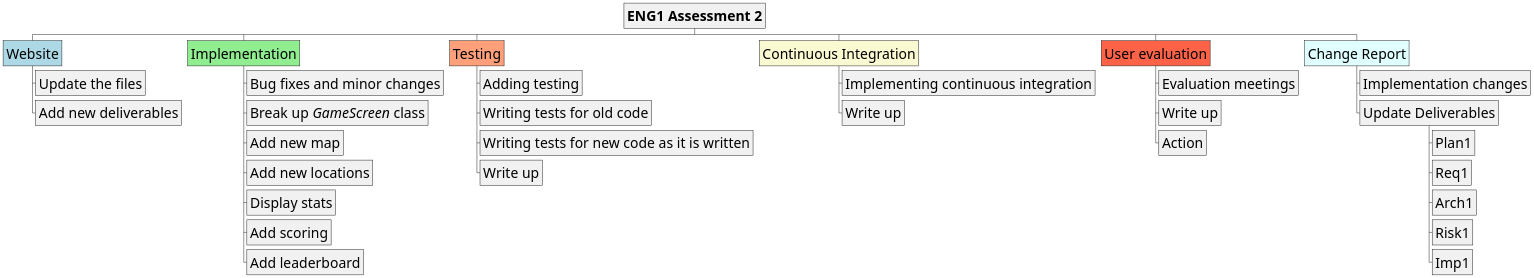
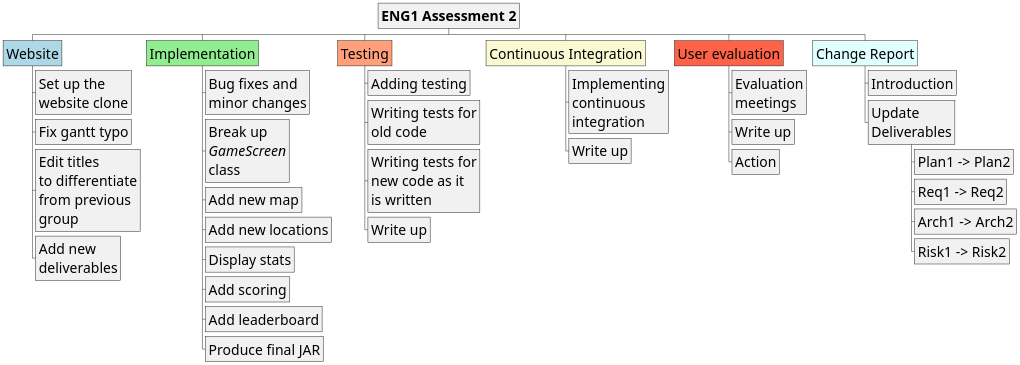
The diagram in diagrams/work.puml (MaxIrv/Group-20-HesHus-Game), drawn with PlantUML before and after one commit.

Commit message:
Updated work breakdown to make it more compact.

```diff
--- a/diagrams/work.puml
+++ b/diagrams/work.puml
@@ -1,42 +1,59 @@
 @startwbs
 'https://plantuml.com/wbs-diagram
 <style>
 wbsDiagram{
 FontSize: 45
 }
 </style>
 * **ENG1 Assessment 2**
 **[#LightBlue] Website
-*** Update the files
-*** Add new deliverables
+*** Set up the\n\
+website clone
+*** Fix gantt typo
+*** Edit titles\n\
+to differentiate\n\
+from previous\n\
+group
+*** Add new\n\
+deliverables
 **[#LightGreen] Implementation
-*** Bug fixes and minor changes
-*** Break up <i>GameScreen</i> class
+*** Bug fixes and\n\
+minor changes
+*** Break up\n\
+<i>GameScreen</i>\n\
+class
 *** Add new map
 *** Add new locations
 *** Display stats
 *** Add scoring
 *** Add leaderboard
+*** Produce final JAR
 **[#LightSalmon] Testing
 *** Adding testing
-*** Writing tests for old code
-*** Writing tests for new code as it is written
+*** Writing tests for\n\
+old code
+*** Writing tests for\n\
+new code as it\n\
+is written
 *** Write up
 **[#LightGoldenRodYellow] Continuous Integration
-*** Implementing continuous integration
+*** Implementing\n\
+continuous\n\
+integration
 *** Write up
 **[#Tomato] User evaluation
-*** Evaluation meetings
+*** Evaluation\n\
+meetings
 *** Write up
 *** Action
 **[#LightCyan] Change Report
-*** Implementation changes
-*** Update Deliverables
-**** Plan1
-**** Req1
-**** Arch1
-**** Risk1
-**** Imp1
+*** Introduction
+*** Update\n\
+Deliverables
+**** Plan1 -> Plan2
+**** Req1 -> Req2
+**** Arch1 -> Arch2
+**** Risk1 -> Risk2
 
 
 @endwbs
```
